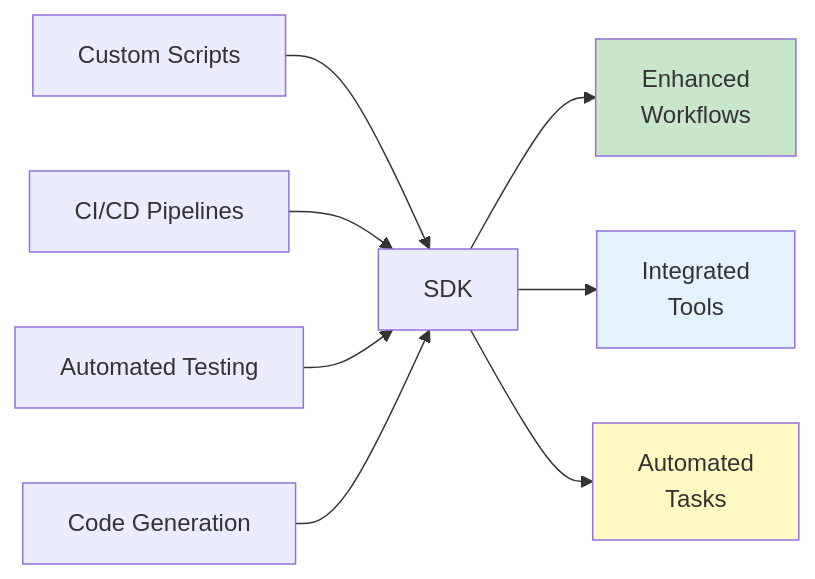
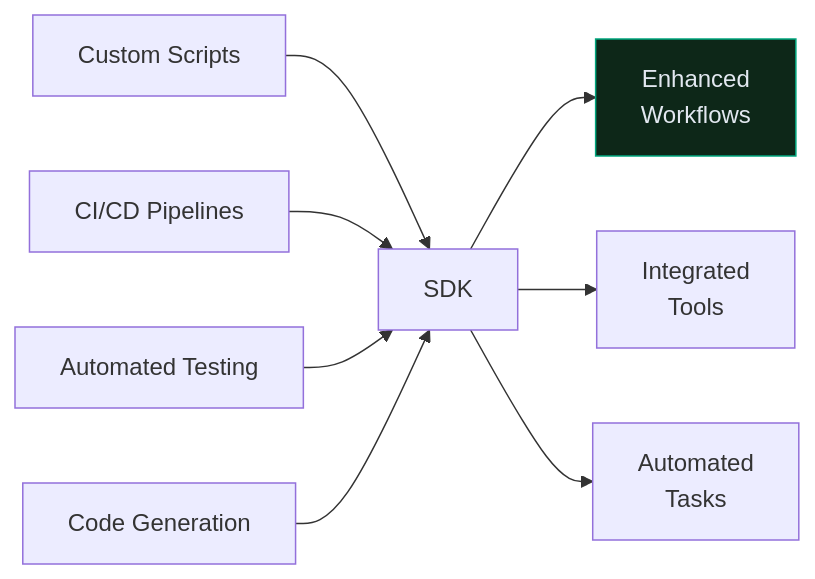
Before and after one commit to CagriCatik/claude-ollama-coder: diagram 15 of 16 in docs/01_Claude-Code-in-Action.md, drawn with Mermaid. The commit also changed other lines of this file and 16 other files, not shown here.

````diff
--- a/docs/01_Claude-Code-in-Action.md
+++ b/docs/01_Claude-Code-in-Action.md
@@ -853,15 +817,13 @@
 ```mermaid
 graph LR
     A["Custom Scripts"] --> B["SDK"]
     C["CI/CD Pipelines"] --> B
     D["Automated Testing"] --> B
     E["Code Generation"] --> B
     
     B --> F["Enhanced<br/>Workflows"]
     B --> G["Integrated<br/>Tools"]
     B --> H["Automated<br/>Tasks"]
     
-    style F fill:#c8e6c9
-    style G fill:#e3f2fd
-    style H fill:#fff9c4
+    style F fill:#0d2718,stroke:#00a67e,color:#e2e8f0
 ```
````
